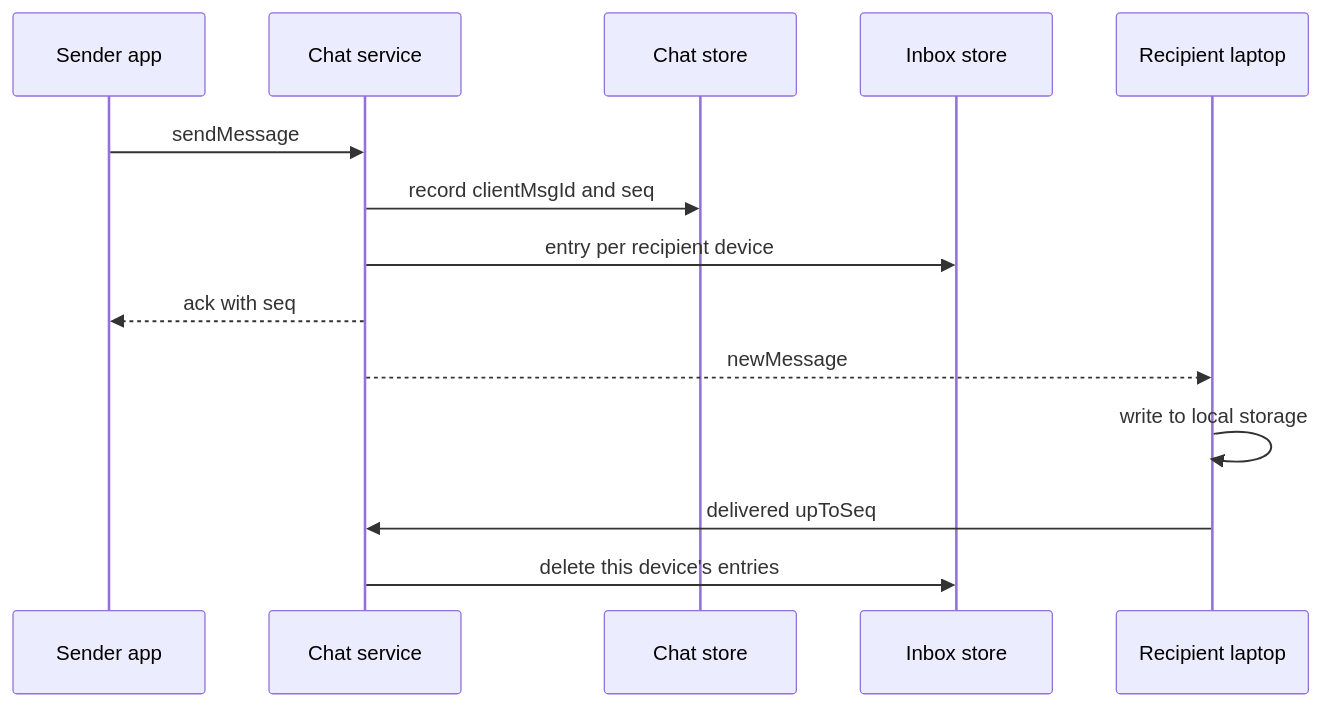
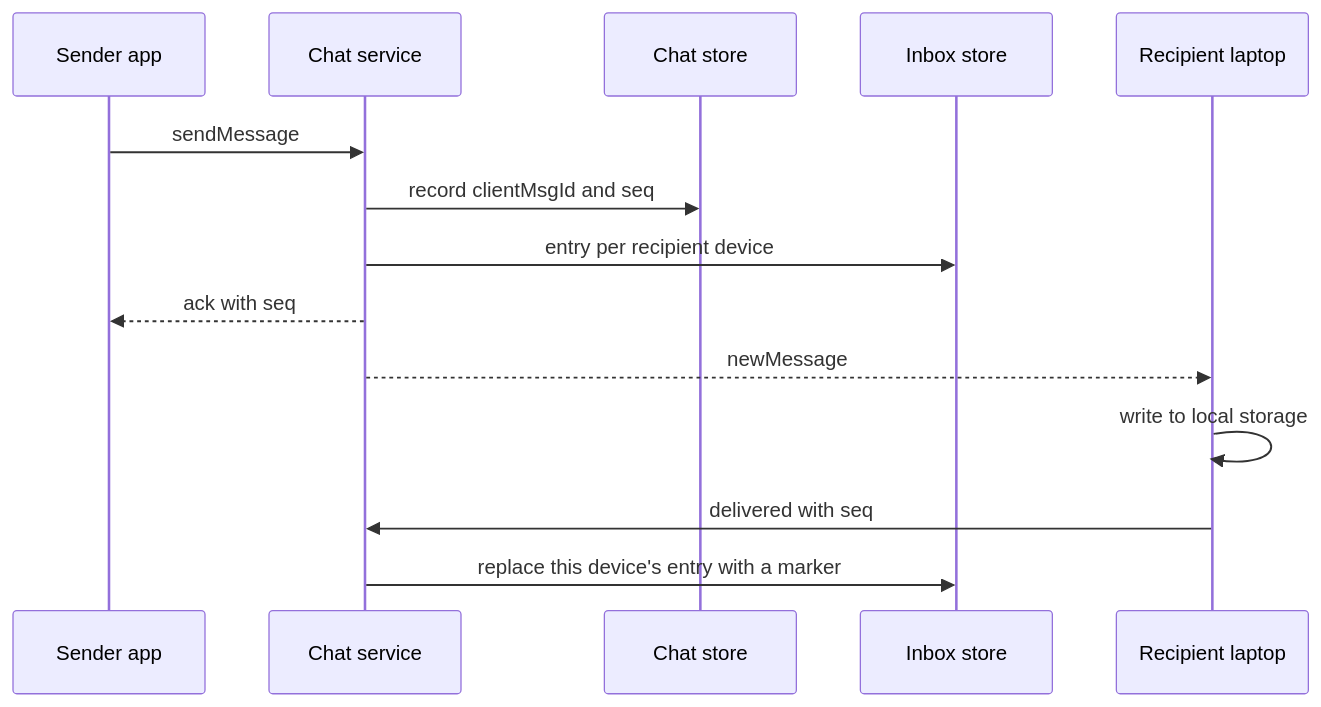
The seventh of 10 diagrams in docs/06-case-studies/chat-messaging.md (spabolu/system-design-modern), drawn with Mermaid before and after one commit. The commit also changed other lines of this file and 5 other files, not shown here.

````diff
--- a/docs/06-case-studies/chat-messaging.md
+++ b/docs/06-case-studies/chat-messaging.md
@@ -252,16 +252,16 @@
 ```mermaid
 sequenceDiagram
   participant S as Sender app
   participant CS as Chat service
   participant DB as Chat store
   participant IB as Inbox store
   participant R as Recipient laptop
   S->>CS: sendMessage
   CS->>DB: record clientMsgId and seq
   CS->>IB: entry per recipient device
   CS-->>S: ack with seq
   CS-->>R: newMessage
   R->>R: write to local storage
-  R->>CS: delivered upToSeq
-  CS->>IB: delete this device's entries
+  R->>CS: delivered with seq
+  CS->>IB: replace this device's entry with a marker
 ```
````
